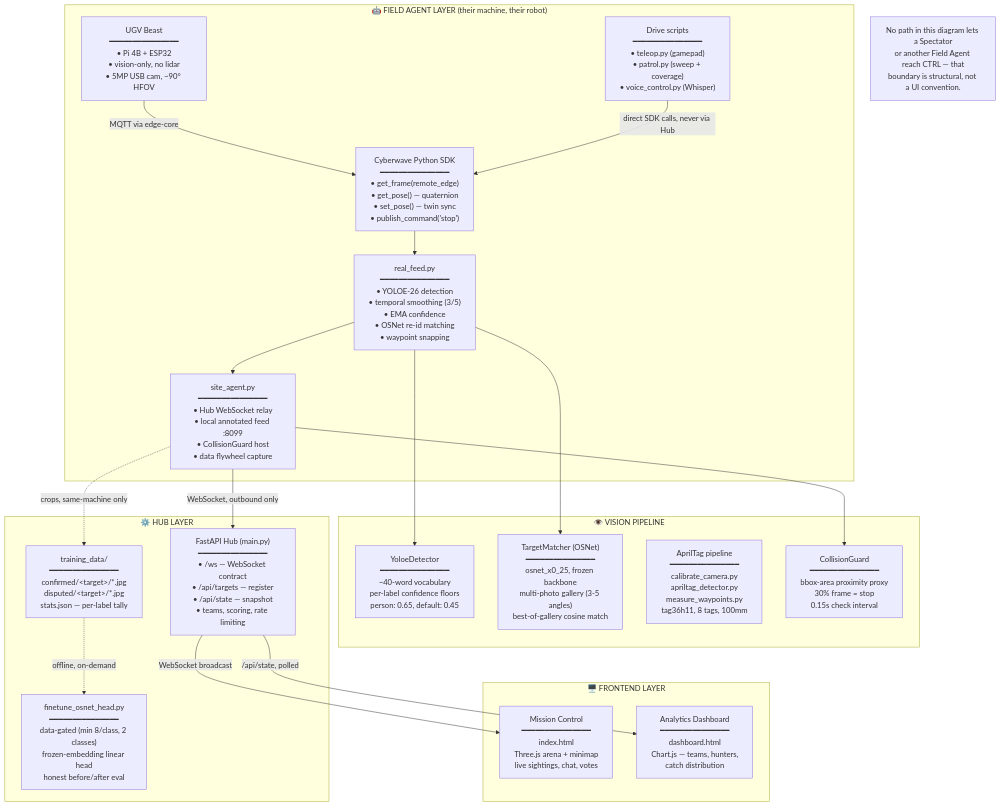
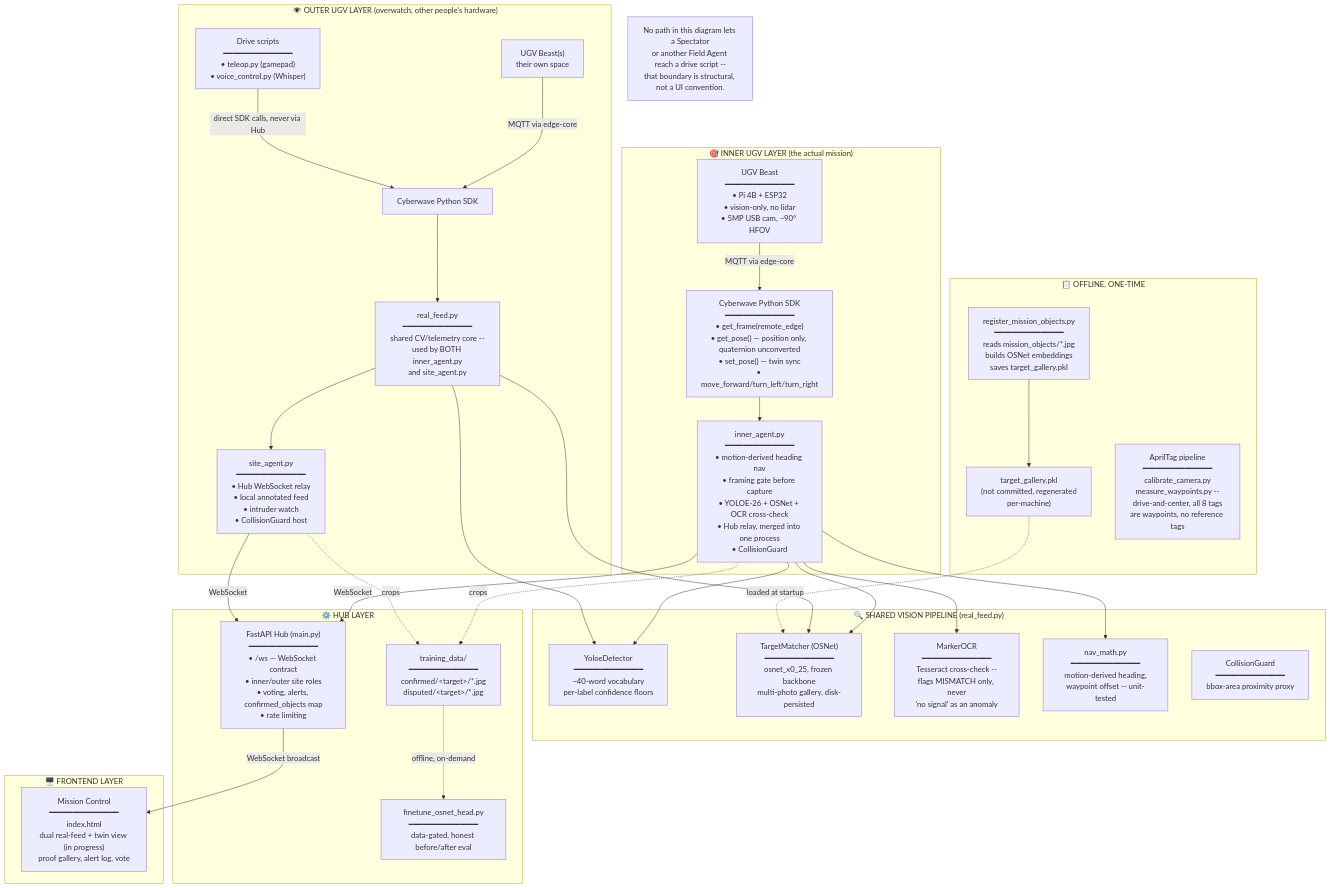
The first of 4 diagrams in ARCHITECTURE.md (ashish-doing/Quarry), drawn with Mermaid before and after one commit. The commit also changed other lines of this file and 2 other files, not shown here.

Commit message:
Rewrite docs for the co-op recon mission narrative

````diff
--- a/ARCHITECTURE.md
+++ b/ARCHITECTURE.md
@@ -21,42 +25,62 @@
 ```mermaid
 flowchart TD
-    subgraph FIELDAGENT["🤖 FIELD AGENT LAYER (their machine, their robot)"]
-        UGV["UGV Beast\n━━━━━━━━━━━━━━━\n• Pi 4B + ESP32\n• vision-only, no lidar\n• 5MP USB cam, ~90° HFOV"]
-        SDK["Cyberwave Python SDK\n━━━━━━━━━━━━━━━\n• get_frame(remote_edge)\n• get_pose() — quaternion\n• set_pose() — twin sync\n• publish_command('stop')"]
-        RF["real_feed.py\n━━━━━━━━━━━━━━━\n• YOLOE-26 detection\n• temporal smoothing (3/5)\n• EMA confidence\n• OSNet re-id matching\n• waypoint snapping"]
-        SA["site_agent.py\n━━━━━━━━━━━━━━━\n• Hub WebSocket relay\n• local annotated feed :8099\n• CollisionGuard host\n• data flywheel capture"]
-        CTRL["Drive scripts\n━━━━━━━━━━━━━━━\n• teleop.py (gamepad)\n• patrol.py (sweep + coverage)\n• voice_control.py (Whisper)"]
-        UGV -->|MQTT via edge-core| SDK
-        SDK --> RF
-        RF --> SA
-        CTRL -->|direct SDK calls, never via Hub| SDK
+    subgraph INNER["🎯 INNER UGV LAYER (the actual mission)"]
+        IUGV["UGV Beast\n━━━━━━━━━━━━━━━\n• Pi 4B + ESP32\n• vision-only, no lidar\n• 5MP USB cam, ~90° HFOV"]
+        ISDK["Cyberwave Python SDK\n━━━━━━━━━━━━━━━\n• get_frame(remote_edge)\n• get_pose() — position only, quaternion unconverted\n• set_pose() — twin sync\n• move_forward/turn_left/turn_right"]
+        IA["inner_agent.py\n━━━━━━━━━━━━━━━\n• motion-derived heading nav\n• framing gate before capture\n• YOLOE-26 + OSNet + OCR cross-check\n• Hub relay, merged into one process\n• CollisionGuard"]
+        IUGV -->|MQTT via edge-core| ISDK
+        ISDK --> IA
     end
 
-    subgraph VISION["👁️ VISION PIPELINE"]
-        DET["YoloeDetector\n━━━━━━━━━━━━━━━\n~40-word vocabulary\nper-label confidence floors\nperson: 0.65, default: 0.45"]
-        REID["TargetMatcher (OSNet)\n━━━━━━━━━━━━━━━\nosnet_x0_25, frozen backbone\nmulti-photo gallery (3-5 angles)\nbest-of-gallery cosine match"]
-        APRIL["AprilTag pipeline\n━━━━━━━━━━━━━━━\ncalibrate_camera.py\napriltag_detector.py\nmeasure_waypoints.py\ntag36h11, 8 tags, 100mm"]
-        GUARD["CollisionGuard\n━━━━━━━━━━━━━━━\nbbox-area proximity proxy\n30% frame = stop\n0.15s check interval"]
+    subgraph OUTER["👁️ OUTER UGV LAYER (overwatch, other people's hardware)"]
+        OUGV["UGV Beast(s)\n their own space"]
+        OSDK["Cyberwave Python SDK"]
+        RF["real_feed.py\n━━━━━━━━━━━━━━━\nshared CV/telemetry core --\nused by BOTH inner_agent.py\nand site_agent.py"]
+        SA["site_agent.py\n━━━━━━━━━━━━━━━\n• Hub WebSocket relay\n• local annotated feed\n• intruder watch\n• CollisionGuard host"]
+        CTRL["Drive scripts\n━━━━━━━━━━━━━━━\n• teleop.py (gamepad)\n• voice_control.py (Whisper)"]
+        OUGV -->|MQTT via edge-core| OSDK
+        OSDK --> RF
+        RF --> SA
+        CTRL -->|direct SDK calls, never via Hub| OSDK
+    end
+
+    subgraph VISION["🔍 SHARED VISION PIPELINE (real_feed.py)"]
+        DET["YoloeDetector\n━━━━━━━━━━━━━━━\n~40-word vocabulary\nper-label confidence floors"]
+        REID["TargetMatcher (OSNet)\n━━━━━━━━━━━━━━━\nosnet_x0_25, frozen backbone\nmulti-photo gallery, disk-persisted"]
+        OCR["MarkerOCR\n━━━━━━━━━━━━━━━\nTesseract cross-check --\nflags MISMATCH only, never\n'no signal' as an anomaly"]
+        NAV["nav_math.py\n━━━━━━━━━━━━━━━\nmotion-derived heading,\nwaypoint offset -- unit-tested"]
+        GUARD["CollisionGuard\n━━━━━━━━━━━━━━━\nbbox-area proximity proxy"]
+        IA --> DET
+        IA --> REID
+        IA --> OCR
+        IA --> NAV
         RF --> DET
         RF --> REID
-        SA --> GUARD
+    end
+
+    subgraph REGISTRATION["📋 OFFLINE, ONE-TIME"]
+        REG["register_mission_objects.py\n━━━━━━━━━━━━━━━\nreads mission_objects/*.jpg\nbuilds OSNet embeddings\nsaves target_gallery.pkl"]
+        GAL["target_gallery.pkl\n(not committed, regenerated\nper-machine)"]
+        APRIL["AprilTag pipeline\n━━━━━━━━━━━━━━━\ncalibrate_camera.py\nmeasure_waypoints.py --\ndrive-and-center, all 8 tags\nare waypoints, no reference tags"]
+        REG --> GAL
+        GAL -.->|loaded at startup| REID
     end
 
     subgraph HUB["⚙️ HUB LAYER"]
-        MAIN["FastAPI Hub (main.py)\n━━━━━━━━━━━━━━━\n• /ws — WebSocket contract\n• /api/targets — register\n• /api/state — snapshot\n• teams, scoring, rate limiting"]
-        FLYWHEEL["training_data/\n━━━━━━━━━━━━━━━\nconfirmed/&lt;target&gt;/*.jpg\ndisputed/&lt;target&gt;/*.jpg\nstats.json — per-label tally"]
-        FT["finetune_osnet_head.py\n━━━━━━━━━━━━━━━\ndata-gated (min 8/class, 2 classes)\nfrozen-embedding linear head\nhonest before/after eval"]
-        SA -->|WebSocket, outbound only| MAIN
-        SA -.->|crops, same-machine only| FLYWHEEL
+        MAIN["FastAPI Hub (main.py)\n━━━━━━━━━━━━━━━\n• /ws — WebSocket contract\n• inner/outer site roles\n• voting, alerts, confirmed_objects map\n• rate limiting"]
+        FLYWHEEL["training_data/\n━━━━━━━━━━━━━━━\nconfirmed/&lt;target&gt;/*.jpg\ndisputed/&lt;target&gt;/*.jpg"]
+        FT["finetune_osnet_head.py\n━━━━━━━━━━━━━━━\ndata-gated, honest before/after eval"]
+        IA -->|WebSocket| MAIN
+        SA -->|WebSocket| MAIN
+        IA -.->|crops| FLYWHEEL
+        SA -.->|crops| FLYWHEEL
         FLYWHEEL -.->|offline, on-demand| FT
     end
 
     subgraph FRONTEND["🖥️ FRONTEND LAYER"]
-        HUD["Mission Control\n━━━━━━━━━━━━━━━\nindex.html\nThree.js arena + minimap\nlive sightings, chat, votes"]
-        DASH["Analytics Dashboard\n━━━━━━━━━━━━━━━\ndashboard.html\nChart.js — teams, hunters,\ncatch distribution"]
+        HUD["Mission Control\n━━━━━━━━━━━━━━━\nindex.html\ndual real-feed + twin view (in progress)\nproof gallery, alert log, vote"]
         MAIN -->|WebSocket broadcast| HUD
-        MAIN -->|/api/state, polled| DASH
     end
 
-    NOTE["No path in this diagram lets a Spectator\nor another Field Agent reach CTRL — that\nboundary is structural, not a UI convention."]
+    NOTE["No path in this diagram lets a Spectator\nor another Field Agent reach a drive script --\nthat boundary is structural, not a UI convention."]
 ```
````
